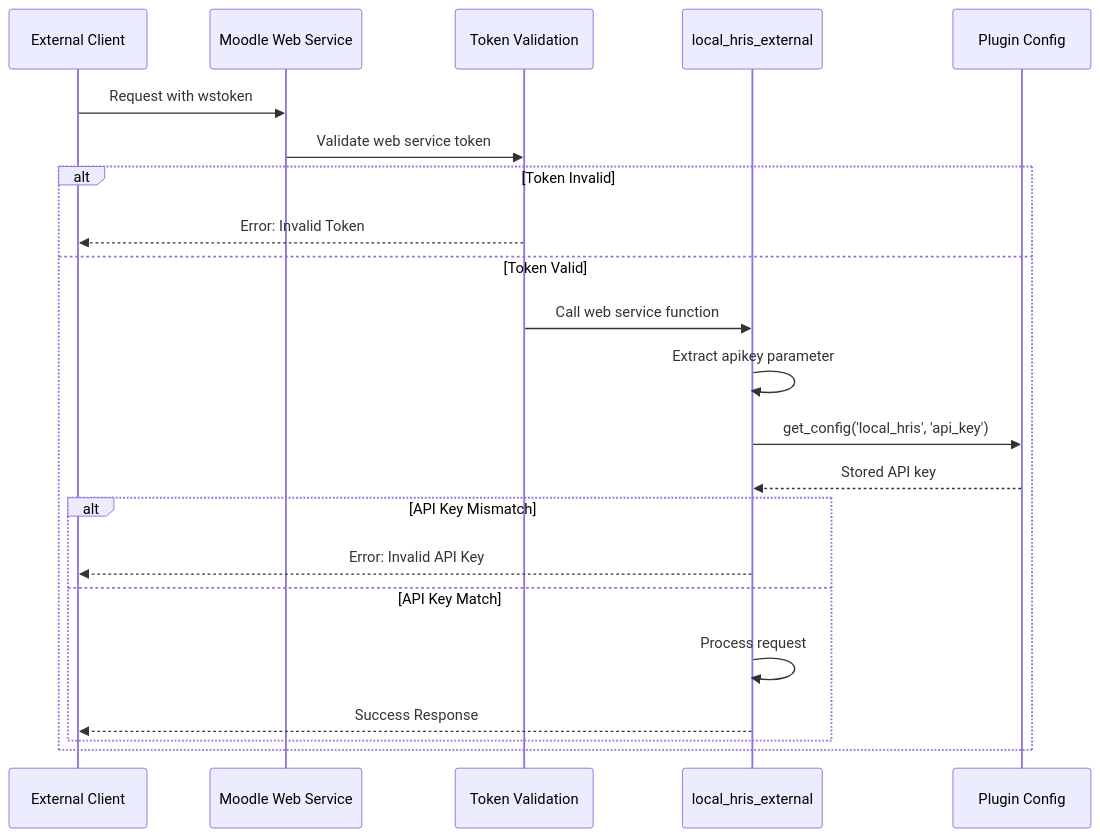
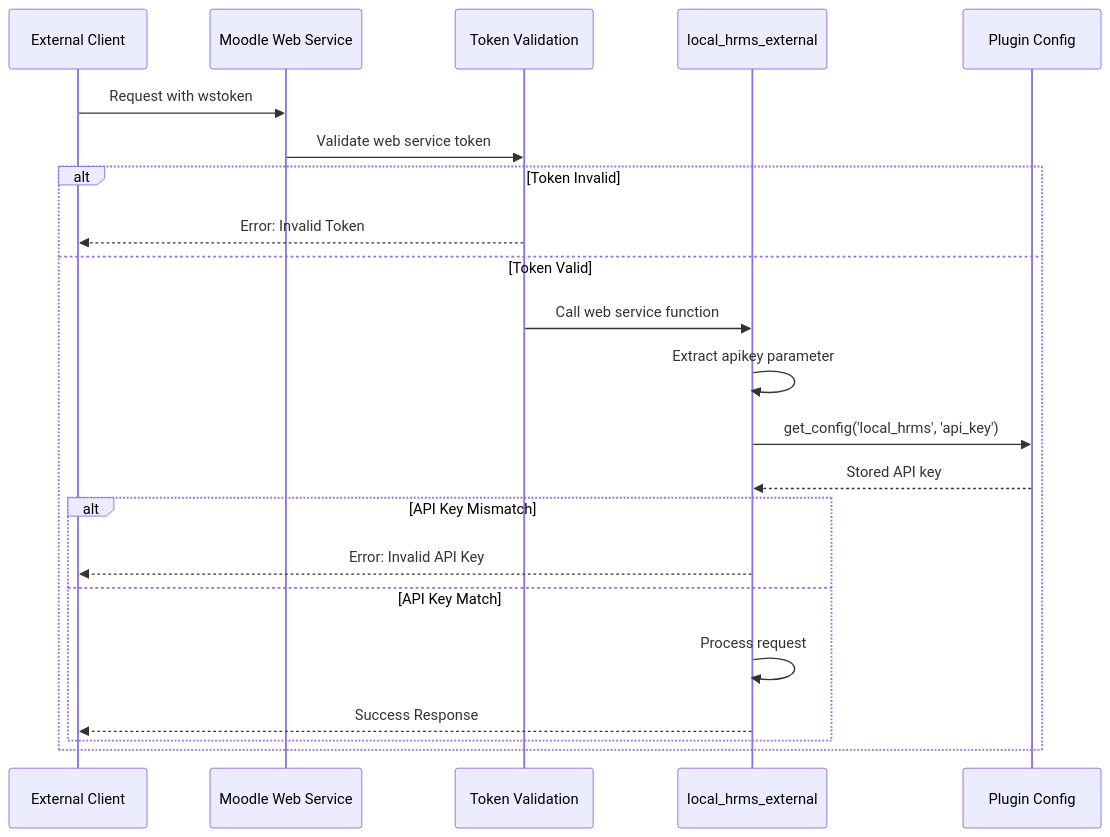
Diagram 12 of 15 in DIAGRAMS.md (toosa/moodle-hrms), drawn with Mermaid before and after one commit. The commit also changed other lines of this file and 18 other files, not shown here.

First line of the commit message:
Refactor HRIS Integration to HRMS Integration

````diff
--- a/DIAGRAMS.md
+++ b/DIAGRAMS.md
@@ -523,27 +523,27 @@
 ```mermaid
 sequenceDiagram
     participant Client as External Client
     participant WS as Moodle Web Service
     participant Auth as Token Validation
-    participant API as local_hris_external
+    participant API as local_hrms_external
     participant Config as Plugin Config
     
     Client->>WS: Request with wstoken
     WS->>Auth: Validate web service token
     
     alt Token Invalid
         Auth-->>Client: Error: Invalid Token
     else Token Valid
         Auth->>API: Call web service function
         API->>API: Extract apikey parameter
-        API->>Config: get_config('local_hris', 'api_key')
+        API->>Config: get_config('local_hrms', 'api_key')
         Config-->>API: Stored API key
         
         alt API Key Mismatch
             API-->>Client: Error: Invalid API Key
         else API Key Match
             API->>API: Process request
             API-->>Client: Success Response
         end
     end
 ```
````
